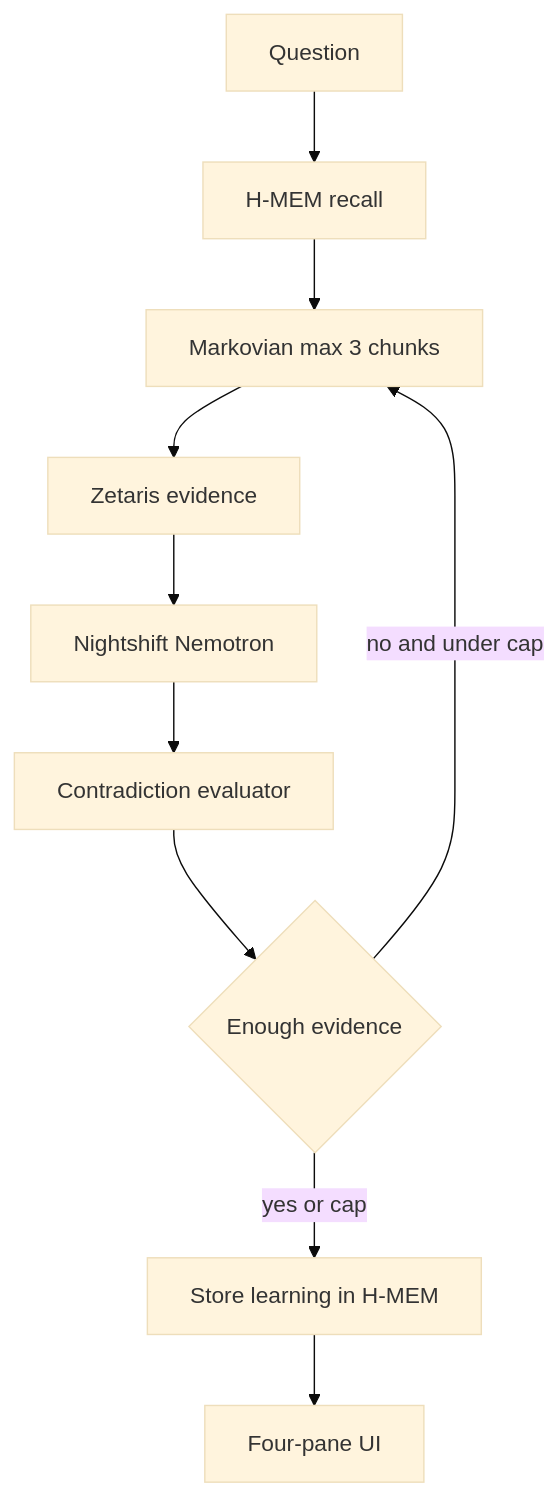
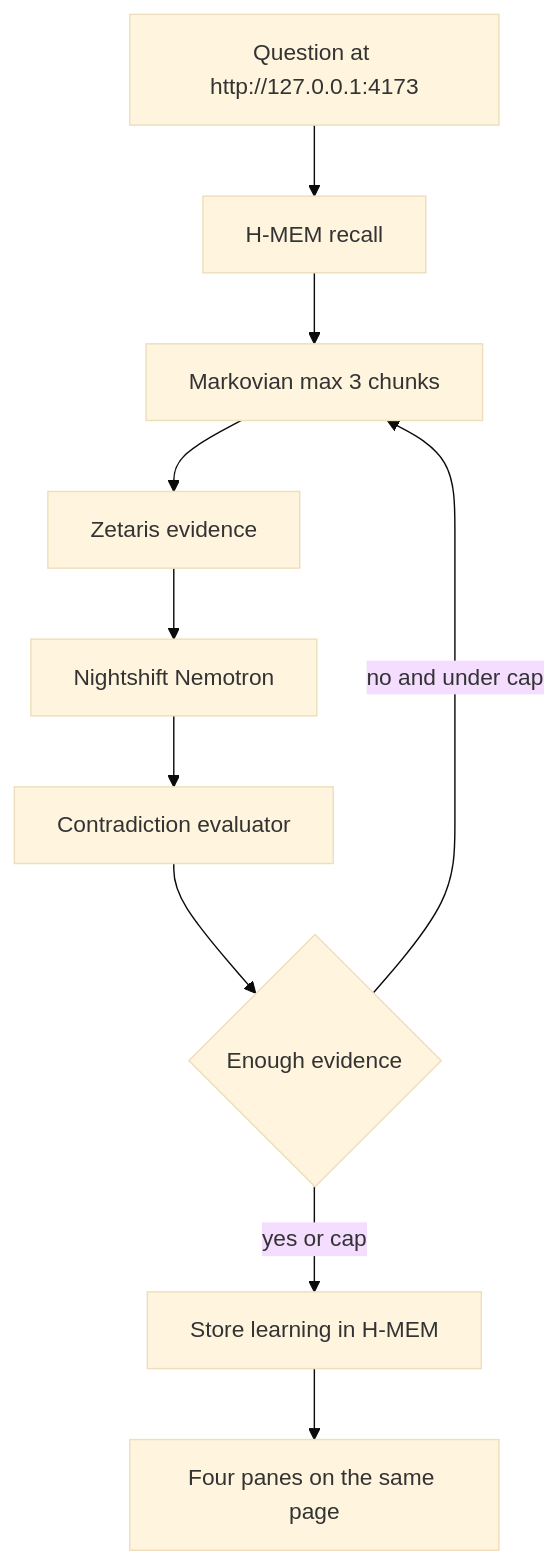
The diagram in build-oct26/research-os/README.md (palkars/open-agent-hackathon-2026), drawn with Mermaid (base theme) before and after one commit. The commit also changed other lines of this file and 7 other files, not shown here.

````diff
--- a/build-oct26/research-os/README.md
+++ b/build-oct26/research-os/README.md
@@ -13,12 +45,12 @@
 ```mermaid
 flowchart TD
-  question[Question] --> hmem[H-MEM recall]
+  question[Question at http://127.0.0.1:4173] --> hmem[H-MEM recall]
   hmem --> markovian[Markovian max 3 chunks]
   markovian --> zetaris[Zetaris evidence]
   zetaris --> nemotron[Nightshift Nemotron]
   nemotron --> evaluator[Contradiction evaluator]
   evaluator --> stop{Enough evidence}
   stop -->|no and under cap| markovian
   stop -->|yes or cap| store[Store learning in H-MEM]
-  store --> ui[Four-pane UI]
+  store --> ui[Four panes on the same page]
 ```
````
